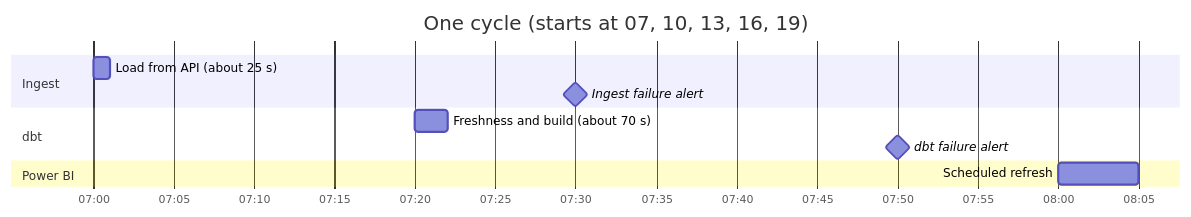
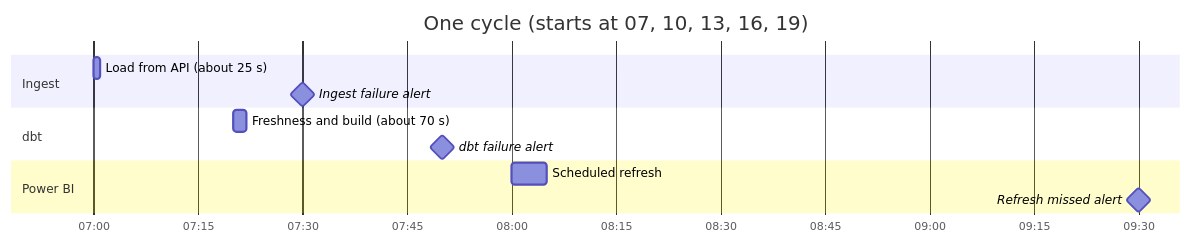
One commit to jacekjastrzebski/uk-tenders-dbt-snowflake changed the second of 5 diagrams in docs/diagrams/flows.md. Above: the diagram before and after it, drawn with Mermaid. The commit also changed other lines of this file and 7 other files, not shown here.

````diff
--- a/docs/diagrams/flows.md
+++ b/docs/diagrams/flows.md
@@ -38,15 +38,16 @@
 ```mermaid
 gantt
     title One cycle (starts at 07, 10, 13, 16, 19)
     dateFormat HH:mm:ss
     axisFormat %H:%M
 
     section Ingest
     Load from API (about 25 s)        :ingest, 07:00:00, 1m
     Ingest failure alert              :milestone, 07:30:00, 0m
     section dbt
     Freshness and build (about 70 s)  :dbt, 07:20:00, 2m
     dbt failure alert                 :milestone, 07:50:00, 0m
     section Power BI
     Scheduled refresh                 :pbi, 08:00:00, 5m
+    Refresh missed alert              :milestone, 09:30:00, 0m
 ```
````
